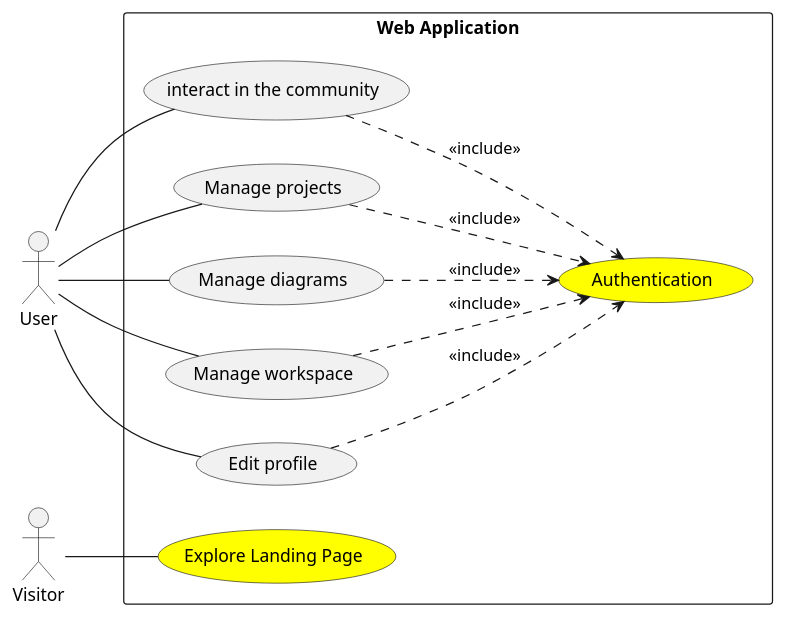
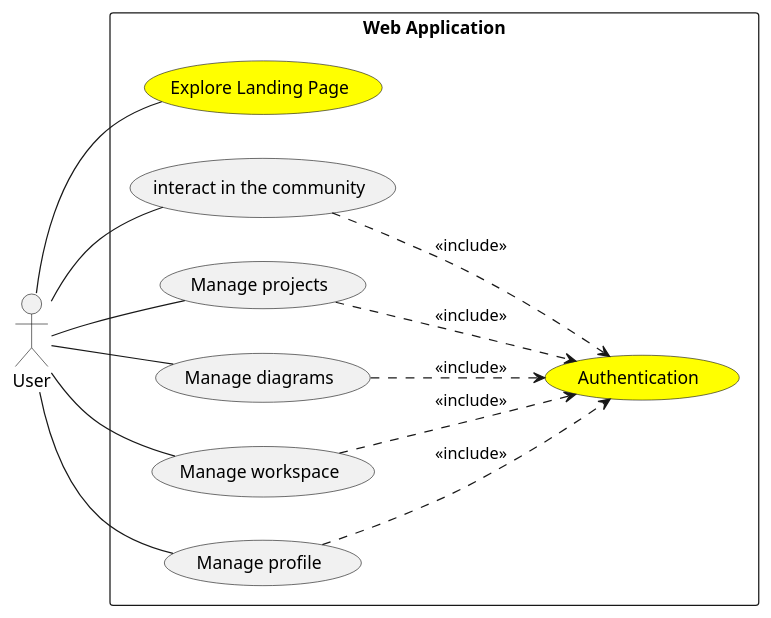
The diagram in conception/SprintII/use_case_diagrams/use_case_diagram_of_SprintII.puml (souhaib-askri/report_pfe), drawn with PlantUML before and after one commit. The commit also changed 22 other files, not shown here.

Commit message:
report: correct diagrams ,delete visitor

```diff
--- a/conception/SprintII/use_case_diagrams/use_case_diagram_of_SprintII.puml
+++ b/conception/SprintII/use_case_diagrams/use_case_diagram_of_SprintII.puml
@@ -1,43 +1,43 @@
 @startuml
 
 left to right direction
 
 actor "User" as User
-actor "Visitor" as Visitor
+
 
 rectangle "Web Application" {
     usecase "Explore Landing Page" as ExploreLandingPage #Yellow
     usecase "Authentication" as user_auth #Yellow
 
     usecase "interact in the community" as InteractWithCommunity
     usecase "Manage projects" as ManageProjects
     usecase "Manage diagrams" as ManageDiagrams
     usecase "Manage workspace" as ManageWorkspace
-    usecase "Edit profile" as EditProfile
+    usecase "Manage profile" as EditProfile
 
     
 
 }
 
 
-Visitor -- ExploreLandingPage
+User -- ExploreLandingPage
 User -- InteractWithCommunity
 User -- ManageProjects
 User -- ManageDiagrams
 User -- EditProfile
 User -- ManageWorkspace
 
 
 
 InteractWithCommunity ..> user_auth : <<include>>
 ManageProjects ..> user_auth : <<include>>
 ManageDiagrams ..> user_auth : <<include>>
 ManageWorkspace ..> user_auth : <<include>>
 EditProfile ..> user_auth : <<include>>
 
 
 
 
 
 
 @enduml
```
